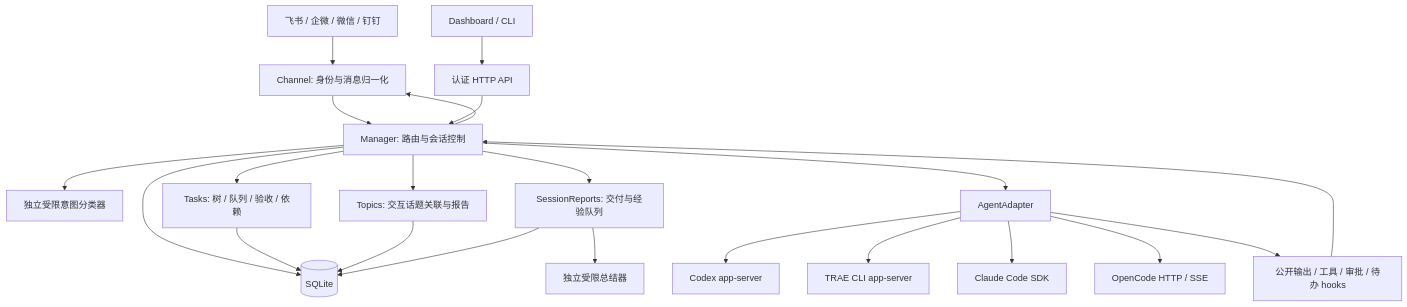
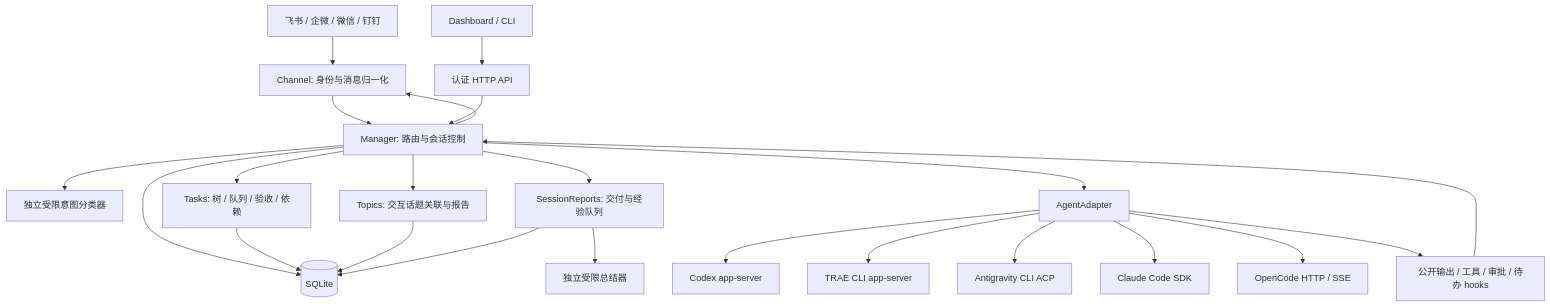
One commit to dujl/tab-ai changed the diagram in docs/architecture.md. Above: the diagram before and after it, drawn with Mermaid. The commit also changed other lines of this file and 41 other files, not shown here.

Commit message:
feat(agents): integrate Antigravity CLI (agy) through native ACP (#9)

````diff
--- a/docs/architecture.md
+++ b/docs/architecture.md
@@ -7,24 +7,25 @@
 ```mermaid
 flowchart TD
   IM[飞书 / 企微 / 微信 / 钉钉] --> CH[Channel: 身份与消息归一化]
   CH --> M[Manager: 路由与会话控制]
   WEB[Dashboard / CLI] --> API[认证 HTTP API]
   API --> M
   M --> R[独立受限意图分类器]
   M --> T[Tasks: 树 / 队列 / 验收 / 依赖]
   M --> TOP[Topics: 交互话题关联与报告]
   M --> REP[SessionReports: 交付与经验队列]
   REP --> SUM[独立受限总结器]
   M --> AD[AgentAdapter]
   AD --> C[Codex app-server]
   AD --> TC[TRAE CLI app-server]
+  AD --> AGY[Antigravity CLI ACP]
   AD --> A[Claude Code SDK]
   AD --> O[OpenCode HTTP / SSE]
   AD --> H[公开输出 / 工具 / 审批 / 待办 hooks]
   H --> M
   M --> CH
   M --> DB[(SQLite)]
   T --> DB
   TOP --> DB
   REP --> DB
 ```
````
